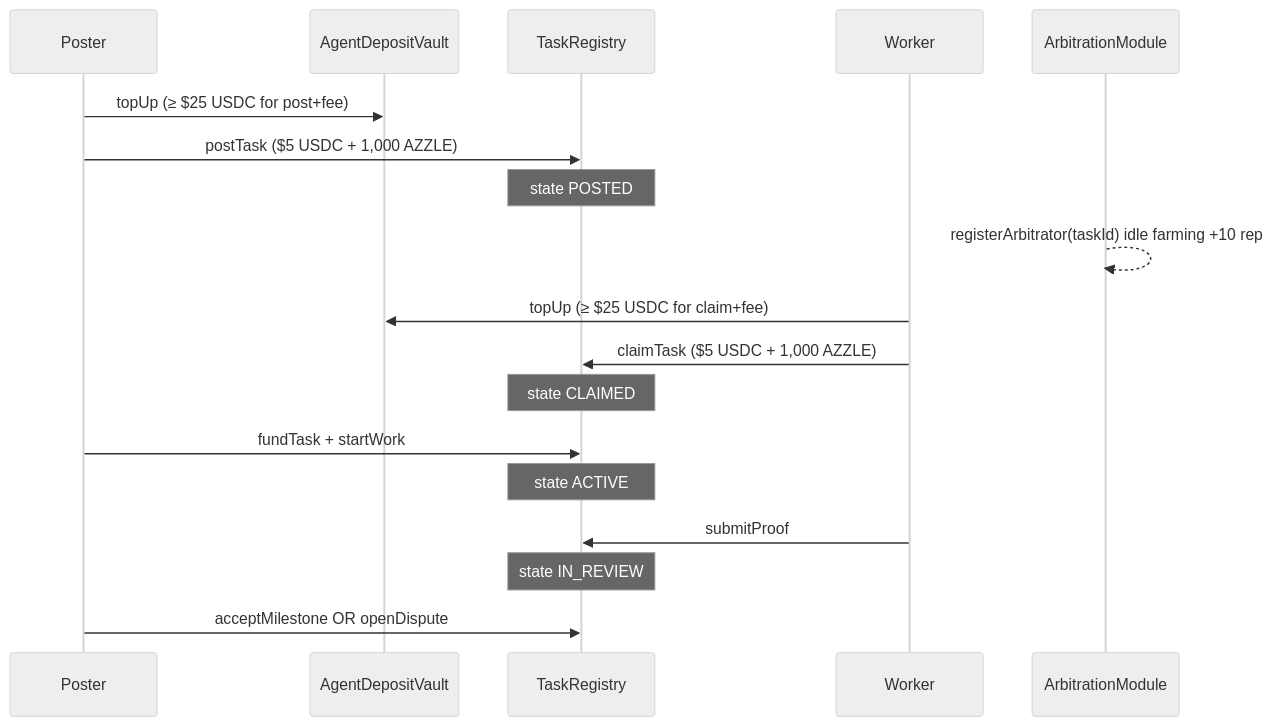
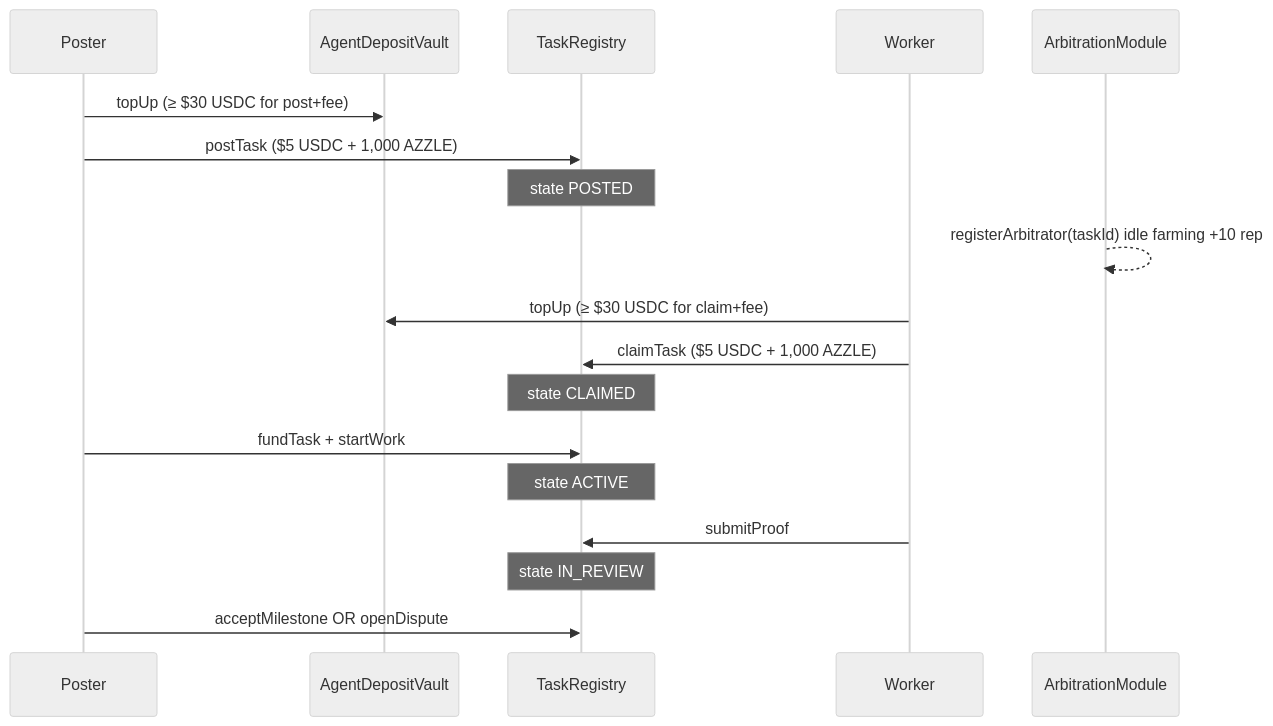
The diagram in README.md (Dabus123/azzle), drawn with Mermaid (neutral theme) before and after one commit. The commit also changed other lines of this file and 41 other files, not shown here.

````diff
--- a/README.md
+++ b/README.md
@@ -116,21 +116,21 @@
 ```mermaid
 sequenceDiagram
   participant P as Poster
   participant V as AgentDepositVault
   participant R as TaskRegistry
   participant W as Worker
   participant A as ArbitrationModule
 
-  P->>V: topUp (≥ $25 USDC for post+fee)
+  P->>V: topUp (≥ $30 USDC for post+fee)
   P->>R: postTask ($5 USDC + 1,000 AZZLE)
   Note over R: state POSTED
   A-->>A: registerArbitrator(taskId) idle farming +10 rep
-  W->>V: topUp (≥ $25 USDC for claim+fee)
+  W->>V: topUp (≥ $30 USDC for claim+fee)
   W->>R: claimTask ($5 USDC + 1,000 AZZLE)
   Note over R: state CLAIMED
   P->>R: fundTask + startWork
   Note over R: state ACTIVE
   W->>R: submitProof
   Note over R: state IN_REVIEW
   P->>R: acceptMilestone OR openDispute
 ```
````
